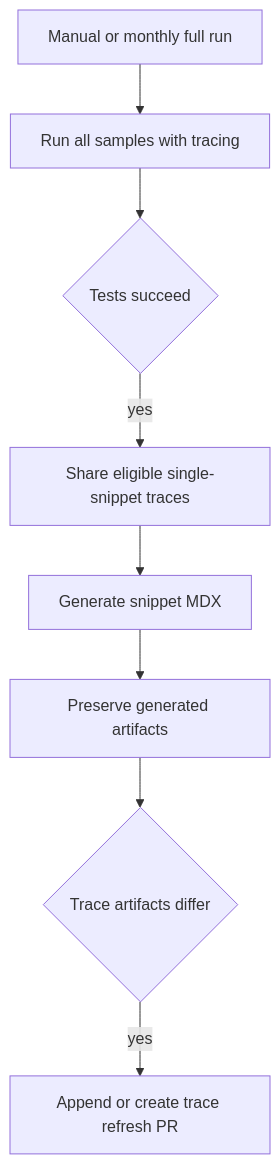
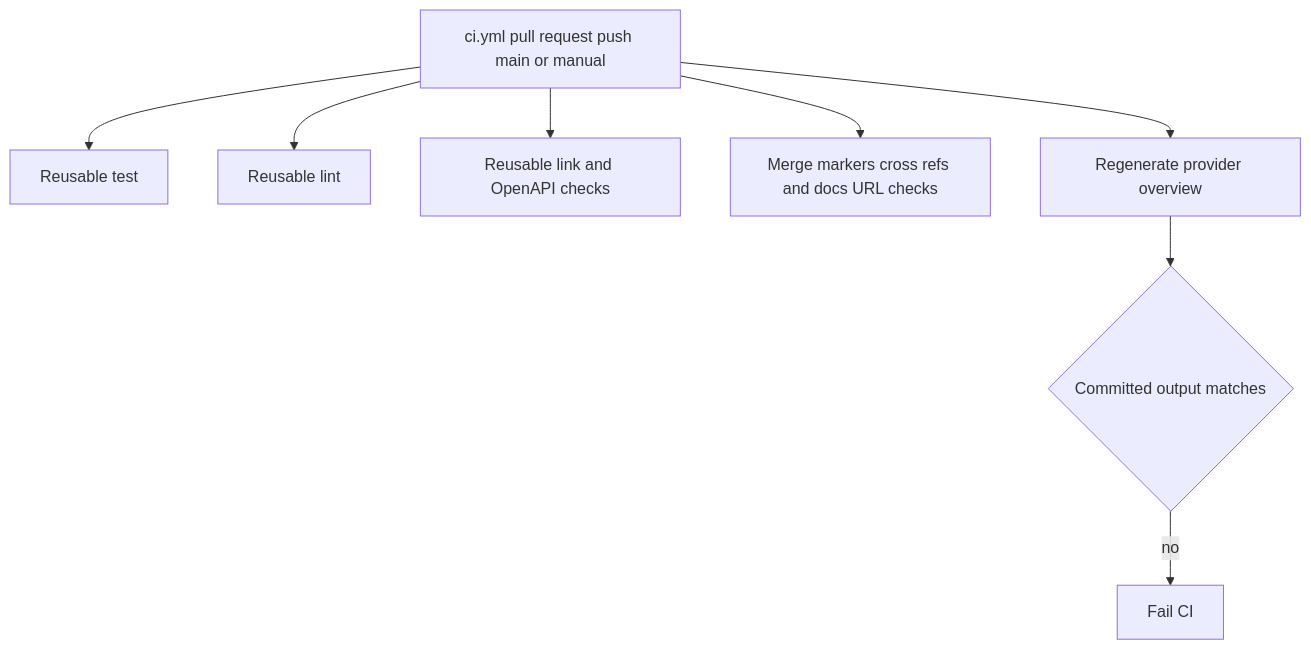
One commit to langchain-ai/docs changed the second of 4 diagrams in openwiki/integrations/github-actions.md. Above: the diagram before and after it, drawn with Mermaid. The commit also changed other lines of this file and 30 other files, not shown here.

````diff
--- a/openwiki/integrations/github-actions.md
+++ b/openwiki/integrations/github-actions.md
@@ -105,10 +71,10 @@
 ```mermaid
 flowchart TD
-  Run["Manual or monthly full run"] --> Test["Run all samples with tracing"]
-  Test --> TestOK{"Tests succeed"}
-  TestOK -->|"yes"| Share["Share eligible single-snippet traces"]
-  Share --> Snippets["Generate snippet MDX"]
-  Snippets --> Artifacts["Preserve generated artifacts"]
-  Artifacts --> Compare{"Trace artifacts differ"}
-  Compare -->|"yes"| Standing["Append or create trace refresh PR"]
+  CI["ci.yml pull request push main or manual"] --> Test["Reusable test"]
+  CI --> Lint["Reusable lint"]
+  CI --> Links["Reusable link and OpenAPI checks"]
+  CI --> Static["Merge markers cross refs and docs URL checks"]
+  CI --> Generated["Regenerate provider overview"]
+  Generated --> Match{"Committed output matches"}
+  Match -->|"no"| Fail["Fail CI"]
 ```
````
